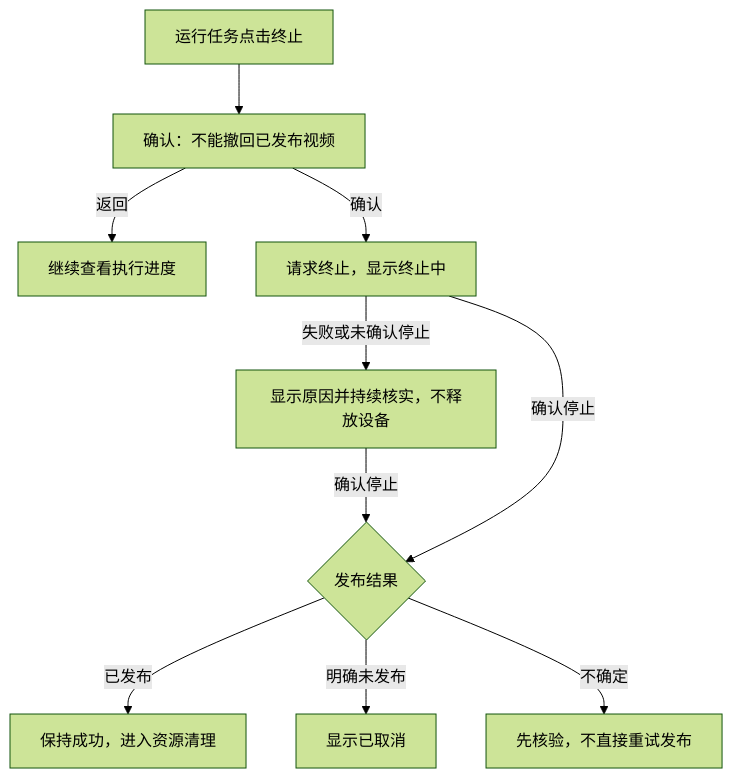
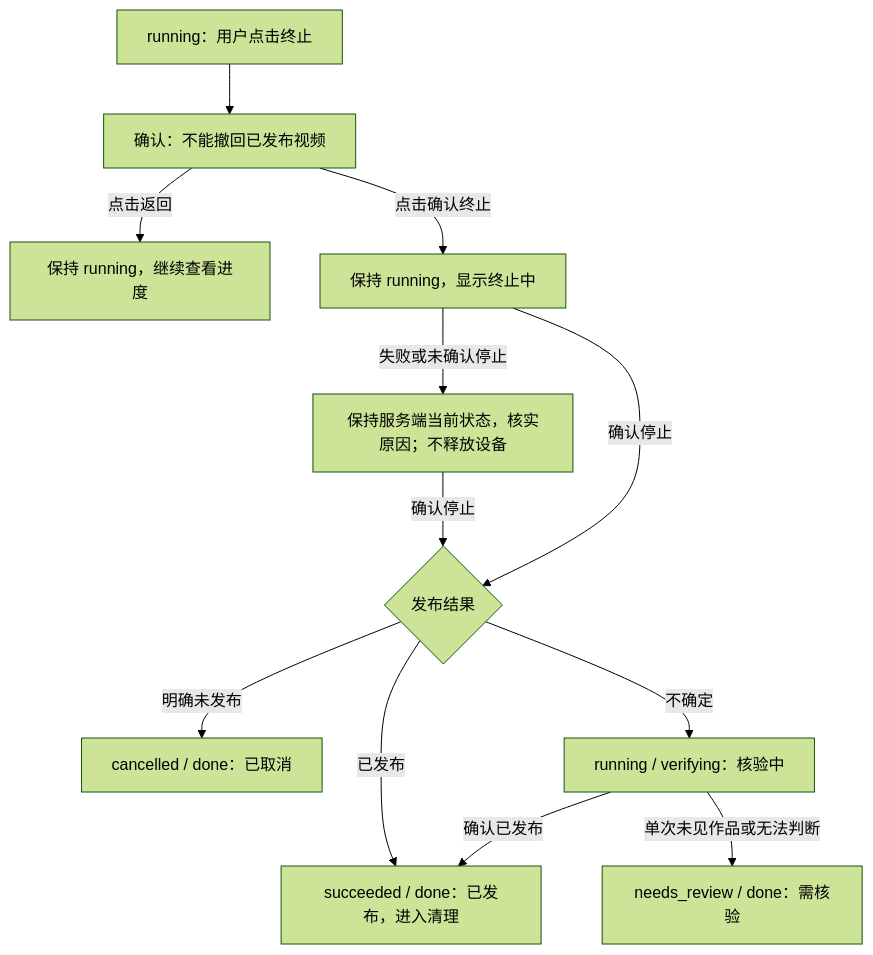
Before and after one commit to brakchen/tts-erp: the sixth of 8 diagrams in docs/video-publish/01-product-proposal.md, drawn with Mermaid (forest theme). The commit also changed other lines of this file, not shown here.

````diff
--- a/docs/video-publish/01-product-proposal.md
+++ b/docs/video-publish/01-product-proposal.md
@@ -258,12 +331,14 @@
 ```mermaid
 flowchart TD
-    A["运行任务点击终止"] --> B["确认：不能撤回已发布视频"]
-    B -- 返回 --> C["继续查看执行进度"]
-    B -- 确认 --> D["请求终止，显示终止中"]
-    D -- 失败或未确认停止 --> E["显示原因并持续核实，不释放设备"]
+    A["running：用户点击终止"] --> B["确认：不能撤回已发布视频"]
+    B -->|点击返回| C["保持 running，继续查看进度"]
+    B -->|点击确认终止| D["保持 running，显示终止中"]
+    D -- 失败或未确认停止 --> E["保持服务端当前状态，核实原因；不释放设备"]
     E -- 确认停止 --> F{"发布结果"}
     D -- 确认停止 --> F
-    F -- 已发布 --> G["保持成功，进入资源清理"]
-    F -- 明确未发布 --> H["显示已取消"]
-    F -- 不确定 --> I["先核验，不直接重试发布"]
+    F -- 已发布 --> G["succeeded / done：已发布，进入清理"]
+    F -- 明确未发布 --> H["cancelled / done：已取消"]
+    F -- 不确定 --> I["running / verifying：核验中"]
+    I -- 确认已发布 --> G
+    I -- 单次未见作品或无法判断 --> J["needs_review / done：需核验"]
 ```
````
